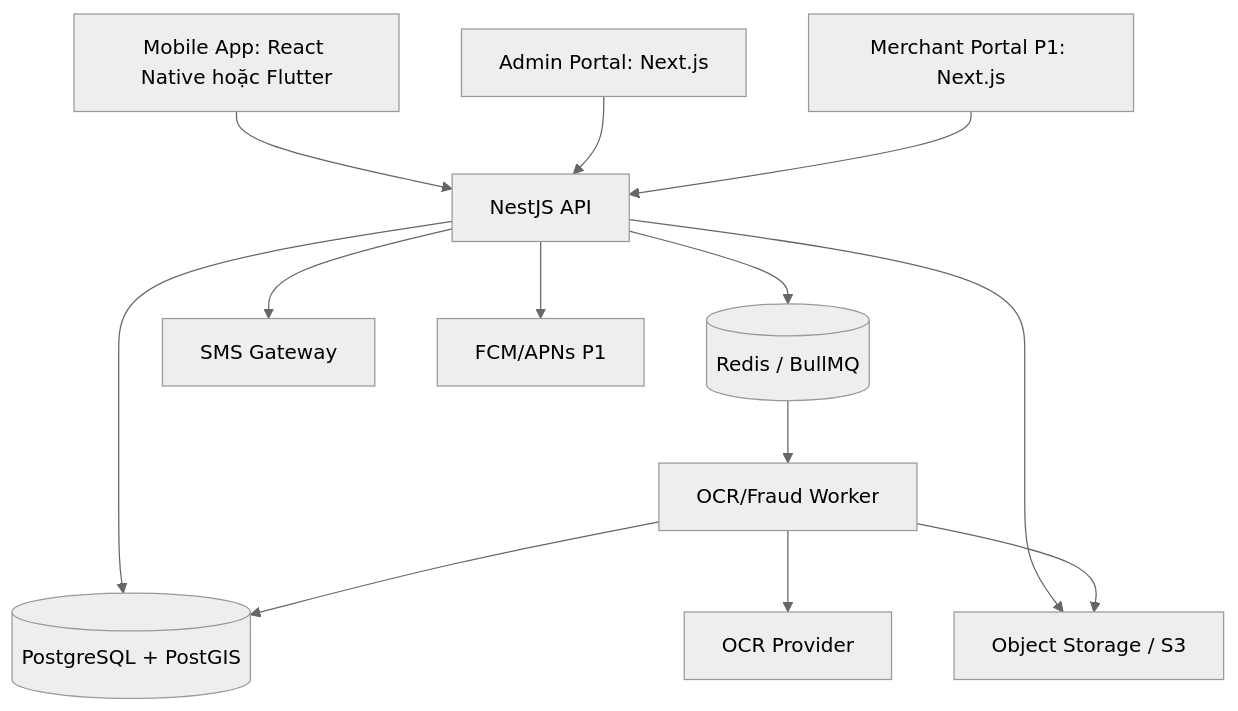
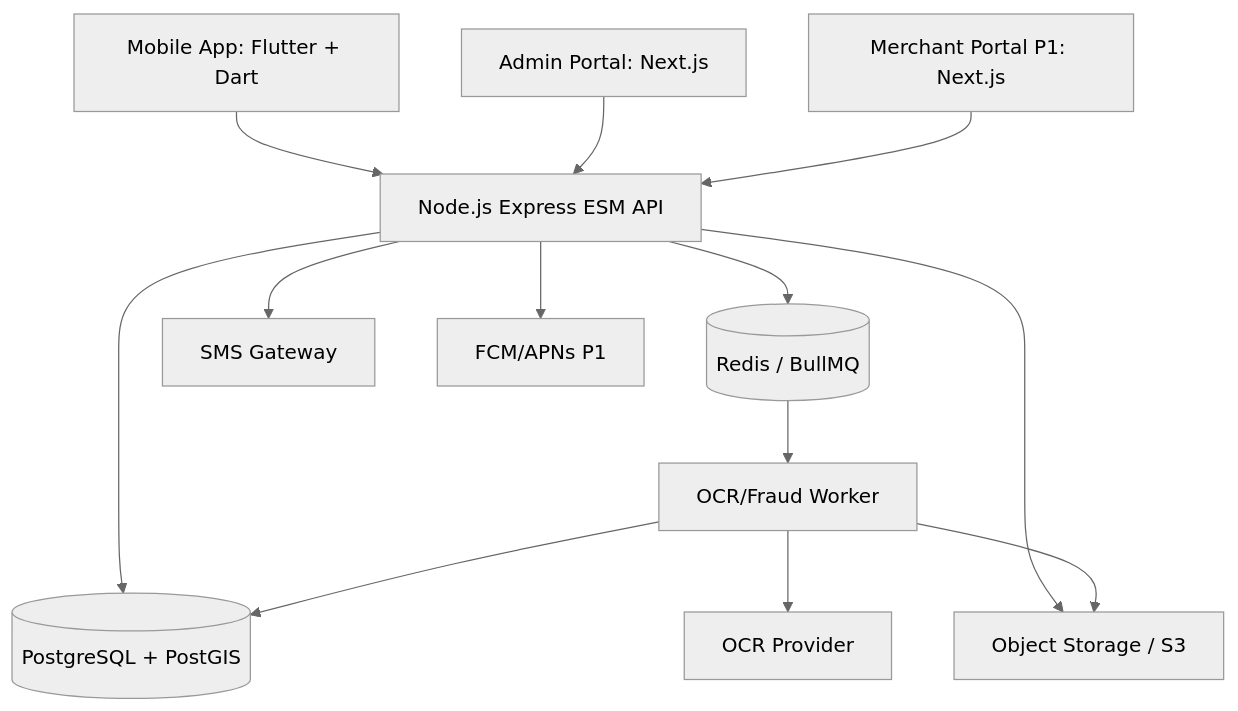
One commit to NguyenSonnt04/trustbite-review-system changed the diagram in trustbite-docs/04_Software_Engineering/System_Architecture_Design.md. Above: the diagram before and after it, drawn with Mermaid (neutral theme). The commit also changed other lines of this file and 12 other files, not shown here.

````diff
--- a/trustbite-docs/04_Software_Engineering/System_Architecture_Design.md
+++ b/trustbite-docs/04_Software_Engineering/System_Architecture_Design.md
@@ -30,16 +30,16 @@
 ```mermaid
 graph TD
-    Mobile[Mobile App: React Native hoặc Flutter] --> API[NestJS API]
+    Mobile[Mobile App: Flutter + Dart] --> API[Node.js Express ESM API]
     Admin[Admin Portal: Next.js] --> API
     Merchant[Merchant Portal P1: Next.js] --> API
 
     API --> DB[(PostgreSQL + PostGIS)]
     API --> Redis[(Redis / BullMQ)]
     API --> Storage[Object Storage / S3]
     API --> SMS[SMS Gateway]
     API --> Push[FCM/APNs P1]
     Redis --> Worker[OCR/Fraud Worker]
     Worker --> OCR[OCR Provider]
     Worker --> DB
     Worker --> Storage
 ```
````
